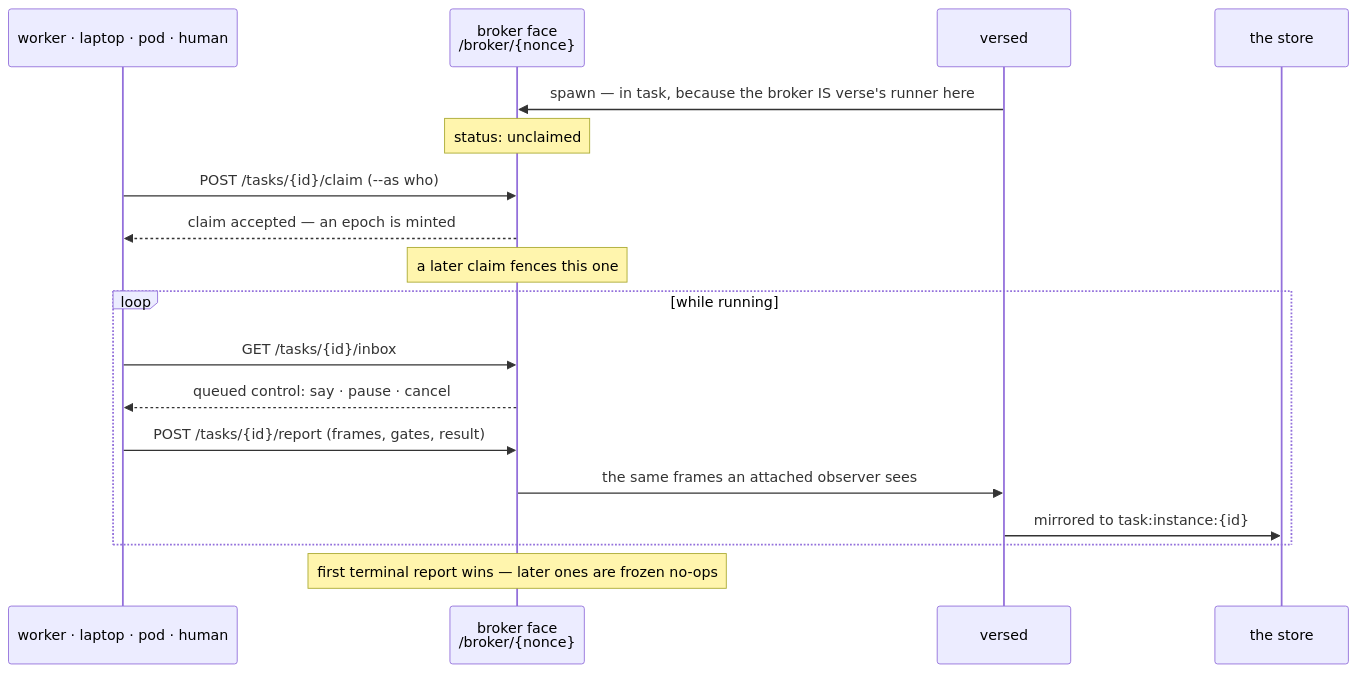
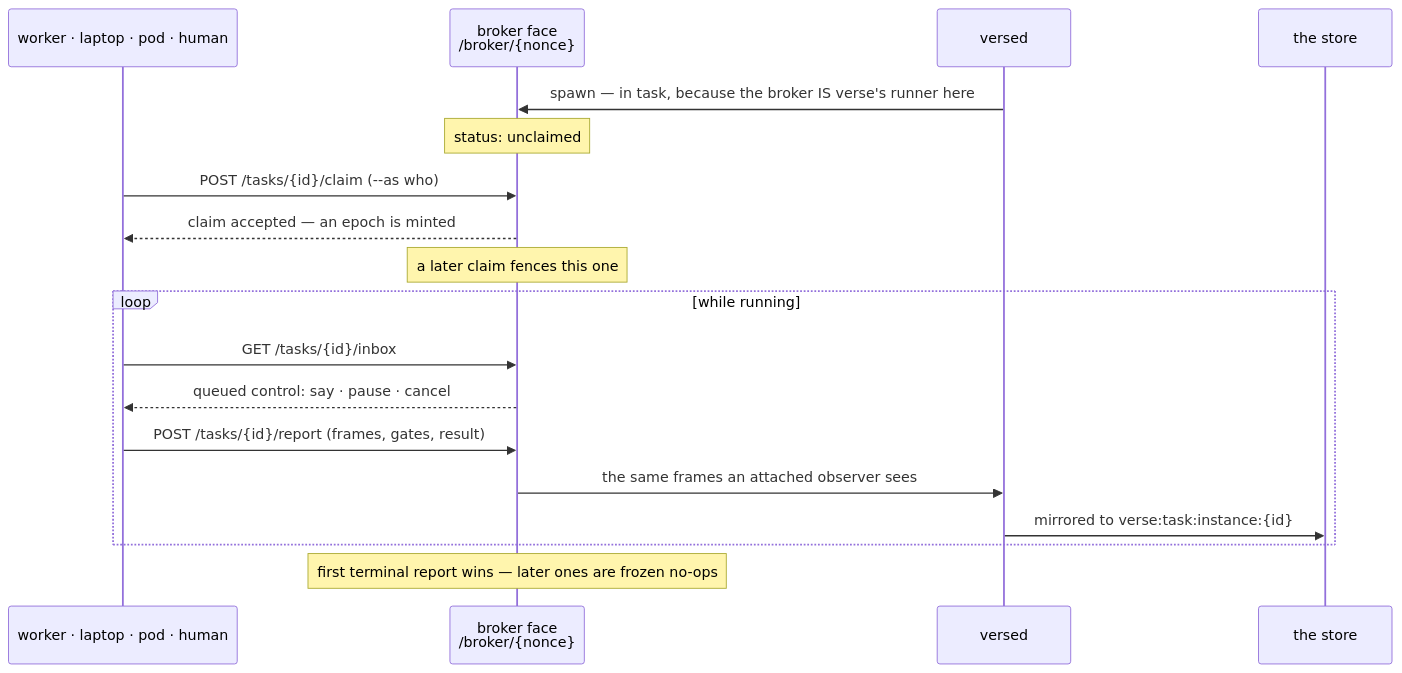
One commit to signadot/viff changed the third of 4 diagrams in docs/seams.md. Above: the diagram before and after it, drawn with Mermaid. The commit also changed 98 other files, not shown here.

````diff
--- a/docs/seams.md
+++ b/docs/seams.md
@@ -195,21 +195,21 @@
 ```mermaid
 sequenceDiagram
   participant W as worker · laptop · pod · human
   participant B as broker face<br/>/broker/{nonce}
   participant V as versed
   participant S as the store
 
   V->>B: spawn — in task, because the broker IS verse's runner here
   Note over B: status: unclaimed
   W->>B: POST /tasks/{id}/claim  (--as who)
   B-->>W: claim accepted — an epoch is minted
   Note over B: a later claim fences this one
   loop while running
     W->>B: GET /tasks/{id}/inbox
     B-->>W: queued control: say · pause · cancel
     W->>B: POST /tasks/{id}/report (frames, gates, result)
     B->>V: the same frames an attached observer sees
-    V->>S: mirrored to task:instance:{id}
+    V->>S: mirrored to verse:task:instance:{id}
   end
   Note over B: first terminal report wins — later ones are frozen no-ops
 ```
````
